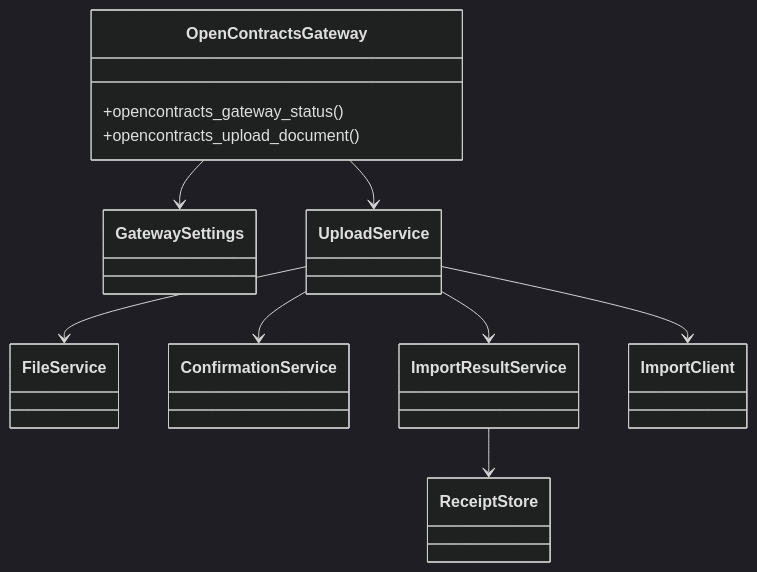
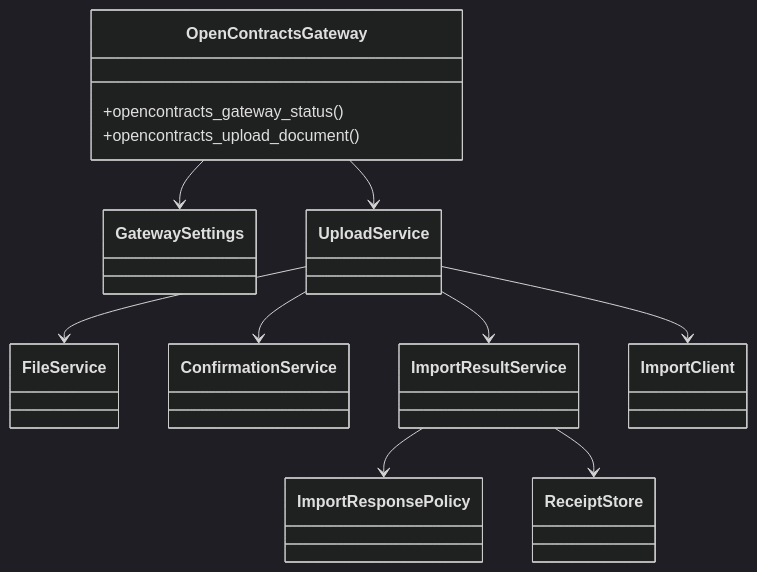
The diagram in docs/review/phase2-a-opencontracts-gateway.md (Ri0n72Y/ContractBotConfig), drawn with Mermaid (dark theme) before and after one commit. The commit also changed other lines of this file, not shown here.

````diff
--- a/docs/review/phase2-a-opencontracts-gateway.md
+++ b/docs/review/phase2-a-opencontracts-gateway.md
@@ -15,22 +31,24 @@
 ```mermaid
 classDiagram
     class OpenContractsGateway {
         +opencontracts_gateway_status()
         +opencontracts_upload_document()
     }
     class GatewaySettings
     class FileService
     class ConfirmationService
     class UploadService
+    class ImportResponsePolicy
     class ImportResultService
     class ImportClient
     class ReceiptStore
 
     OpenContractsGateway --> GatewaySettings
     OpenContractsGateway --> UploadService
     UploadService --> FileService
     UploadService --> ConfirmationService
     UploadService --> ImportClient
     UploadService --> ImportResultService
+    ImportResultService --> ImportResponsePolicy
     ImportResultService --> ReceiptStore
 ```
````
